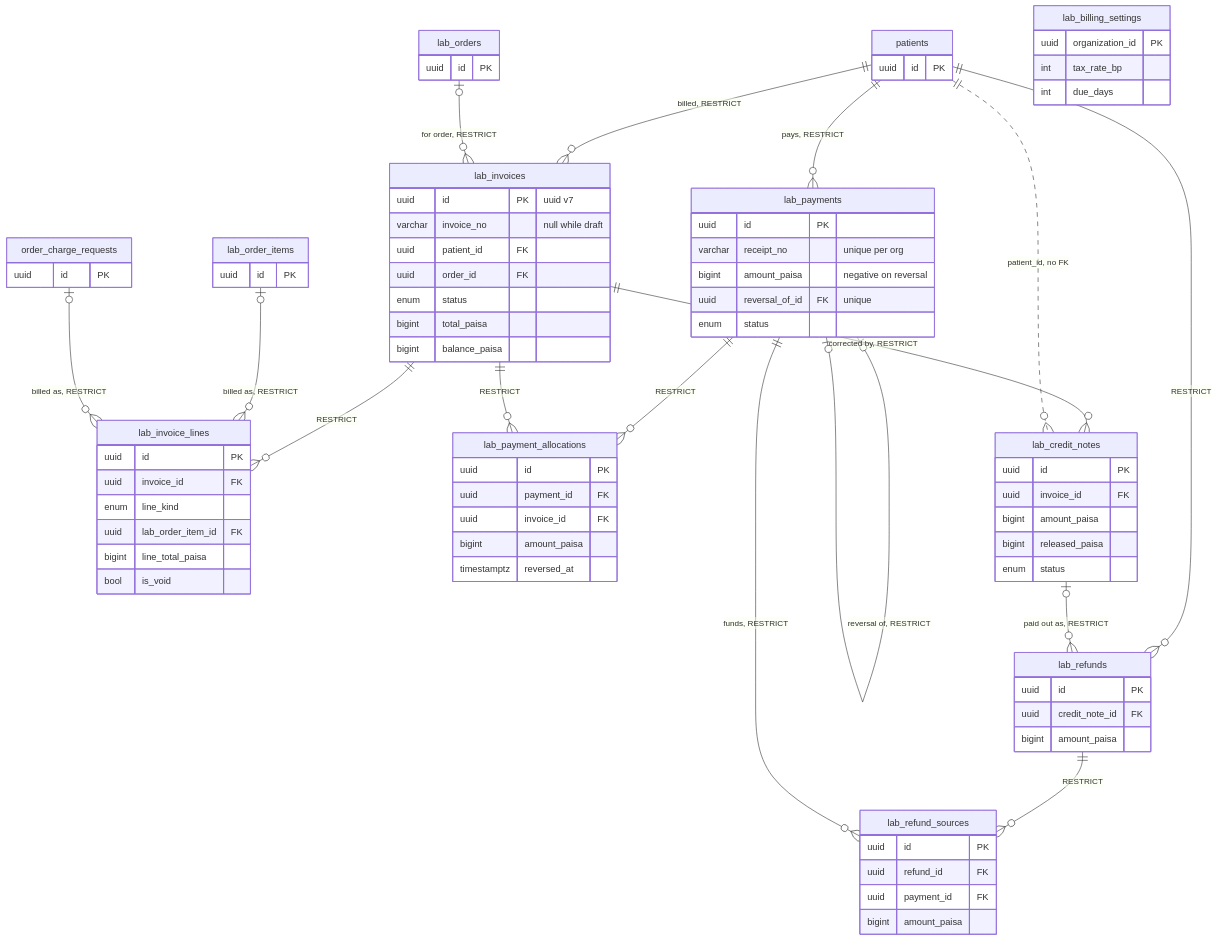
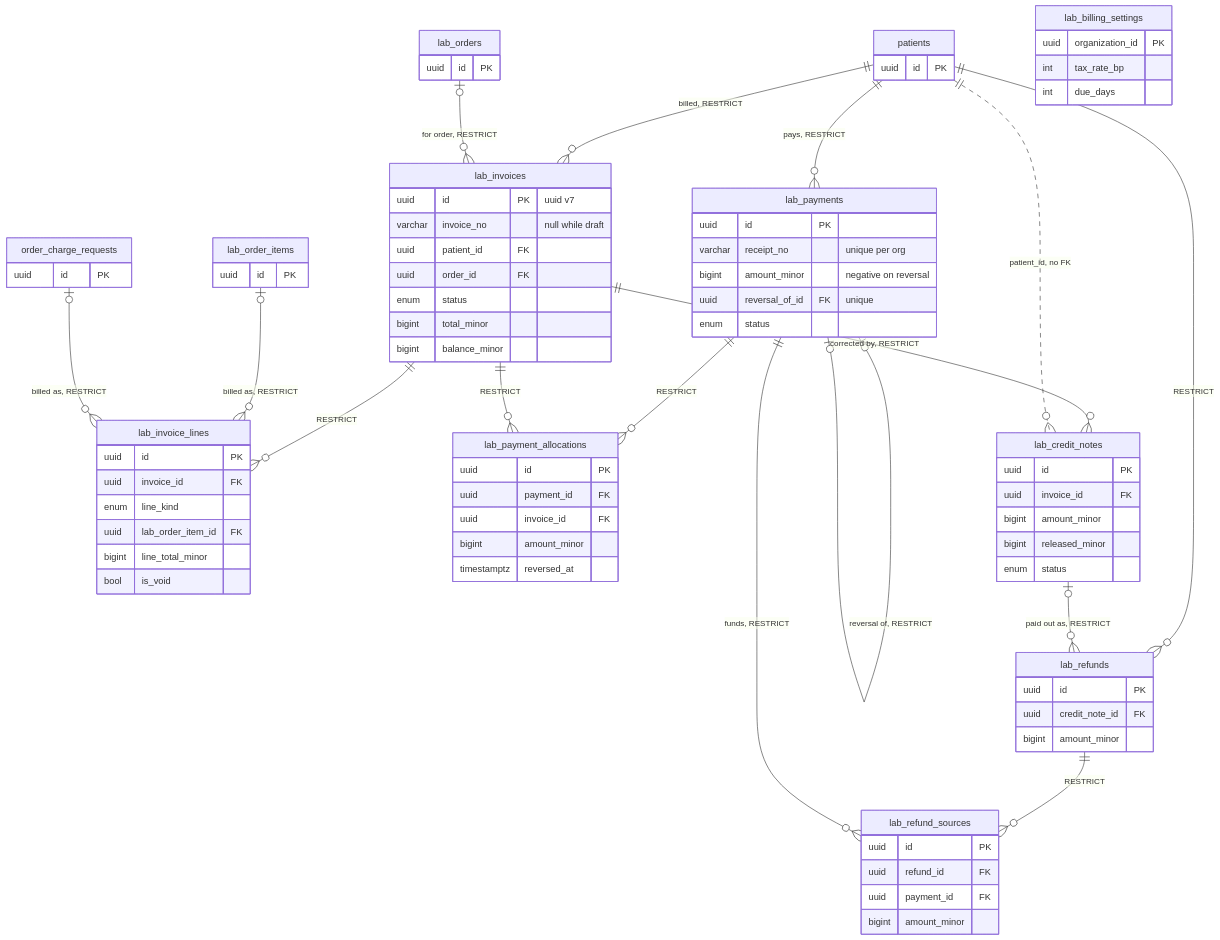
One commit to moinuddin2004/cms changed the diagram in docs/handbook/diagrams/ch25-lab-receivables-erd.mmd. Above: the diagram before and after it, drawn with Mermaid. The commit also changed 436 other files, not shown here.

```diff
--- a/docs/handbook/diagrams/ch25-lab-receivables-erd.mmd
+++ b/docs/handbook/diagrams/ch25-lab-receivables-erd.mmd
@@ -1,82 +1,82 @@
 erDiagram
   patients ||--o{ lab_invoices : "billed, RESTRICT"
   lab_orders |o--o{ lab_invoices : "for order, RESTRICT"
   lab_invoices ||--o{ lab_invoice_lines : "RESTRICT"
   lab_order_items |o--o{ lab_invoice_lines : "billed as, RESTRICT"
   order_charge_requests |o--o{ lab_invoice_lines : "billed as, RESTRICT"
   patients ||--o{ lab_payments : "pays, RESTRICT"
   lab_payments |o--o| lab_payments : "reversal of, RESTRICT"
   lab_payments ||--o{ lab_payment_allocations : "RESTRICT"
   lab_invoices ||--o{ lab_payment_allocations : "RESTRICT"
   lab_invoices ||--o{ lab_credit_notes : "corrected by, RESTRICT"
   patients ||--o{ lab_refunds : "RESTRICT"
   lab_credit_notes |o--o{ lab_refunds : "paid out as, RESTRICT"
   lab_refunds ||--o{ lab_refund_sources : "RESTRICT"
   lab_payments ||--o{ lab_refund_sources : "funds, RESTRICT"
   patients ||..o{ lab_credit_notes : "patient_id, no FK"
   lab_invoices {
     uuid id PK "uuid v7"
     varchar invoice_no "null while draft"
     uuid patient_id FK
     uuid order_id FK
     enum status
-    bigint total_paisa
-    bigint balance_paisa
+    bigint total_minor
+    bigint balance_minor
   }
   lab_invoice_lines {
     uuid id PK
     uuid invoice_id FK
     enum line_kind
     uuid lab_order_item_id FK
-    bigint line_total_paisa
+    bigint line_total_minor
     bool is_void
   }
   lab_payments {
     uuid id PK
     varchar receipt_no "unique per org"
-    bigint amount_paisa "negative on reversal"
+    bigint amount_minor "negative on reversal"
     uuid reversal_of_id FK "unique"
     enum status
   }
   lab_payment_allocations {
     uuid id PK
     uuid payment_id FK
     uuid invoice_id FK
-    bigint amount_paisa
+    bigint amount_minor
     timestamptz reversed_at
   }
   lab_credit_notes {
     uuid id PK
     uuid invoice_id FK
-    bigint amount_paisa
-    bigint released_paisa
+    bigint amount_minor
+    bigint released_minor
     enum status
   }
   lab_refunds {
     uuid id PK
     uuid credit_note_id FK
-    bigint amount_paisa
+    bigint amount_minor
   }
   lab_refund_sources {
     uuid id PK
     uuid refund_id FK
     uuid payment_id FK
-    bigint amount_paisa
+    bigint amount_minor
   }
   lab_billing_settings {
     uuid organization_id PK
     int tax_rate_bp
     int due_days
   }
   patients {
     uuid id PK
   }
   lab_orders {
     uuid id PK
   }
   lab_order_items {
     uuid id PK
   }
   order_charge_requests {
     uuid id PK
   }
```
